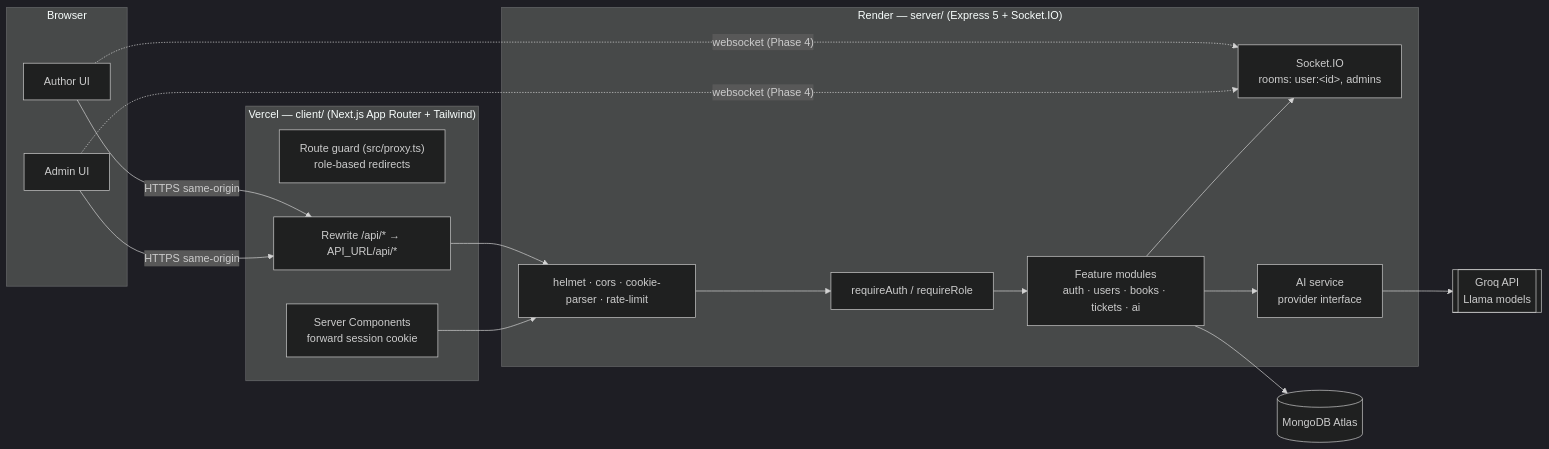
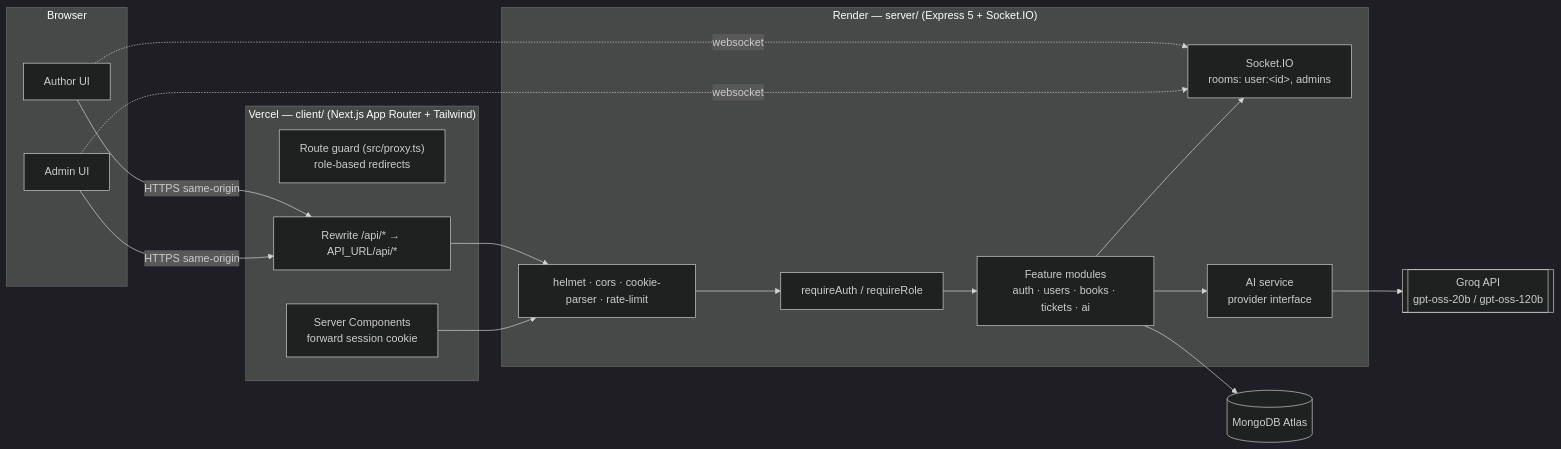
One commit to werahul/book-publishing-portal changed the first of 3 diagrams in docs/02-architecture.md. Above: the diagram before and after it, drawn with Mermaid (dark theme). The commit also changed other lines of this file and 47 other files, not shown here.

````diff
--- a/docs/02-architecture.md
+++ b/docs/02-architecture.md
@@ -5,30 +5,30 @@
 ```mermaid
 flowchart LR
     subgraph Browser
         A[Author UI]
         B[Admin UI]
     end
 
     subgraph Vercel["Vercel — client/ (Next.js App Router + Tailwind)"]
         P["Route guard (src/proxy.ts)<br/>role-based redirects"]
         RW["Rewrite /api/* → API_URL/api/*"]
         RSC[Server Components<br/>forward session cookie]
     end
 
     subgraph Render["Render — server/ (Express 5 + Socket.IO)"]
         MW[helmet · cors · cookie-parser · rate-limit]
         AUTH[requireAuth / requireRole]
         MOD[Feature modules<br/>auth · users · books · tickets · ai]
         IO[Socket.IO<br/>rooms: user:&lt;id&gt;, admins]
         AI[AI service<br/>provider interface]
     end
 
     DB[(MongoDB Atlas)]
-    LLM[[Groq API<br/>Llama models]]
+    LLM[[Groq API<br/>gpt-oss-20b / gpt-oss-120b]]
 
     A & B -->|HTTPS same-origin| RW --> MW --> AUTH --> MOD --> DB
     RSC --> MW
-    A & B -. websocket (Phase 4) .-> IO
+    A & B -. websocket .-> IO
     MOD --> AI --> LLM
     MOD --> IO
 ```
````
